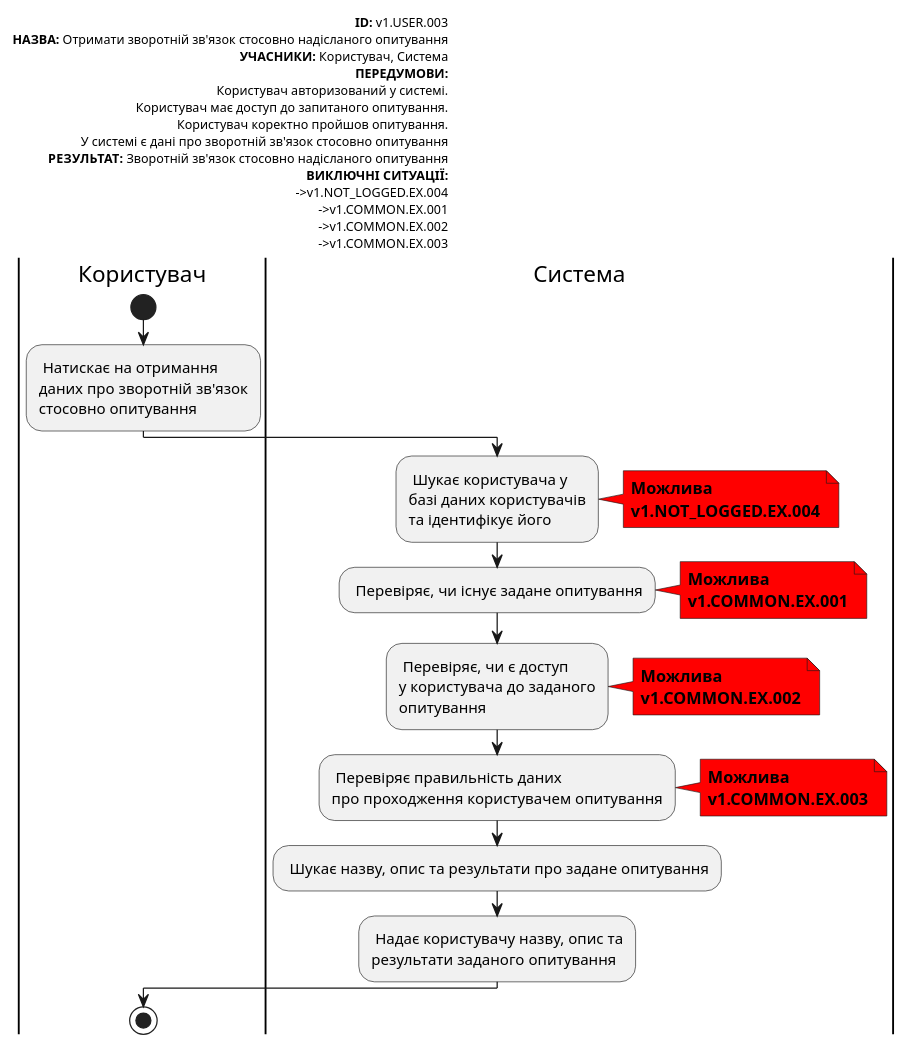
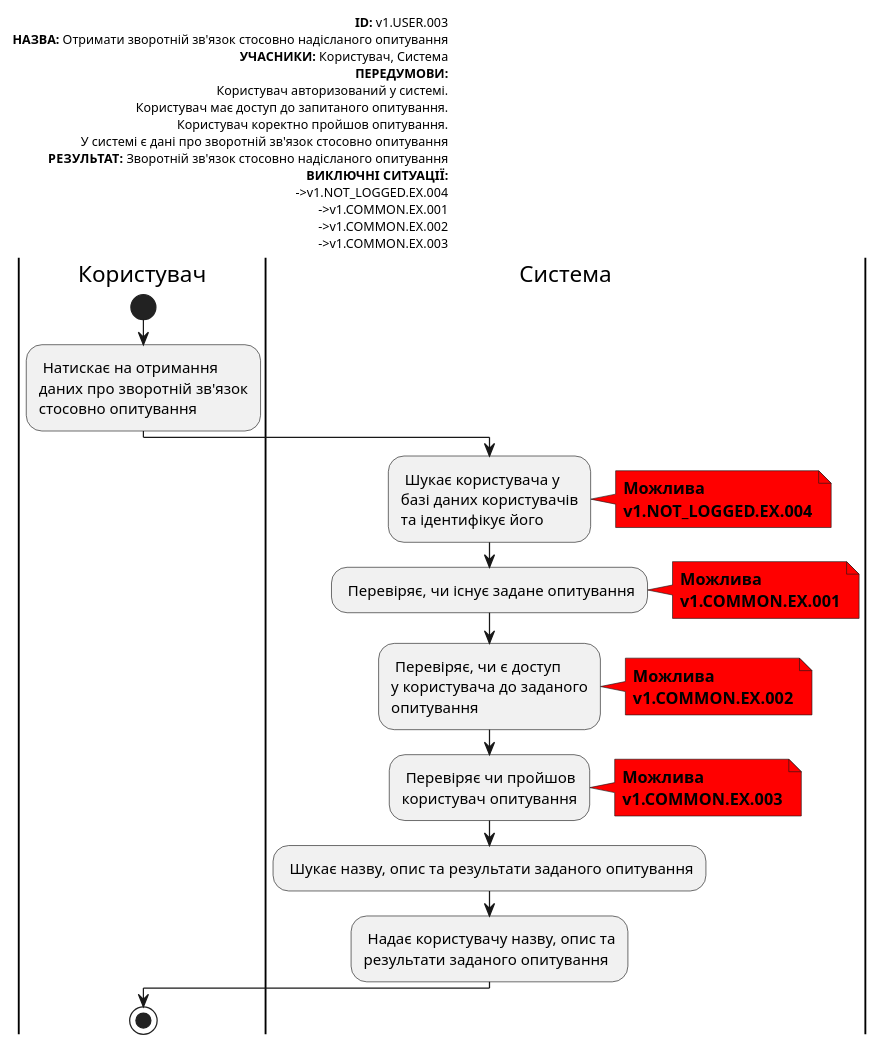
The fifth of 18 diagrams in docs/use cases/README.md (Znskiy/survey-expert), drawn with PlantUML before and after one commit. The commit also changed other lines of this file, not shown here.

```diff
--- a/docs/use cases/README.md
+++ b/docs/use cases/README.md
@@ -215,65 +216,65 @@
   @startuml
 
       left header
            <font color=000 size=10><b>ID:</b> v1.USER.003
            <font color=000 size=10><b>НАЗВА:</b> Отримати зворотній зв'язок стосовно надісланого опитування
            <font color=000 size=10><b>УЧАСНИКИ:</b> Користувач, Система
            <font color=000 size=10><b>ПЕРЕДУМОВИ:</b>
            <font color=000 size=10>Користувач авторизований у системі.
            <font color=000 size=10>Користувач має доступ до запитаного опитування.
            <font color=000 size=10>Користувач коректно пройшов опитування.
            <font color=000 size=10>У системі є дані про зворотній зв'язок стосовно опитування
            <font color=000 size=10><b>РЕЗУЛЬТАТ:</b> Зворотній зв'язок стосовно надісланого опитування
            <font color=000 size=10><b>ВИКЛЮЧНІ СИТУАЦІЇ:</b>
            <font color=000 size=10>->v1.NOT_LOGGED.EX.004
            <font color=000 size=10>->v1.COMMON.EX.001
            <font color=000 size=10>->v1.COMMON.EX.002
            <font color=000 size=10>->v1.COMMON.EX.003
        end header
        |Користувач|
            start
            : Натискає на отримання
            даних про зворотній зв'язок
            стосовно опитування;
        |Система|
            : Шукає користувача у
            базі даних користувачів
            та ідентифікує його;
 
            note right #ff0000
            <b>Можлива</b>
            <b>v1.NOT_LOGGED.EX.004</b>
            end note
 
            : Перевіряє, чи існує задане опитування;
 
            note right #ff0000
            <b>Можлива</b>
            <b>v1.COMMON.EX.001</b>
            end note
 
            : Перевіряє, чи є доступ
            у користувача до заданого
            опитування;
 
            note right #ff0000
            <b>Можлива</b>
            <b>v1.COMMON.EX.002</b>
            end note
 
-           : Перевіряє правильність даних
-           про проходження користувачем опитування;
+           : Перевіряє чи пройшов
+           користувач опитування;
 
            note right #ff0000
            <b>Можлива</b>
            <b>v1.COMMON.EX.003</b>
            end note
 
-           : Шукає назву, опис та результати про задане опитування;
+           : Шукає назву, опис та результати заданого опитування;
 
            : Надає користувачу назву, опис та 
            результати заданого опитування;
        |Користувач|
            stop;
 
   @enduml
```
